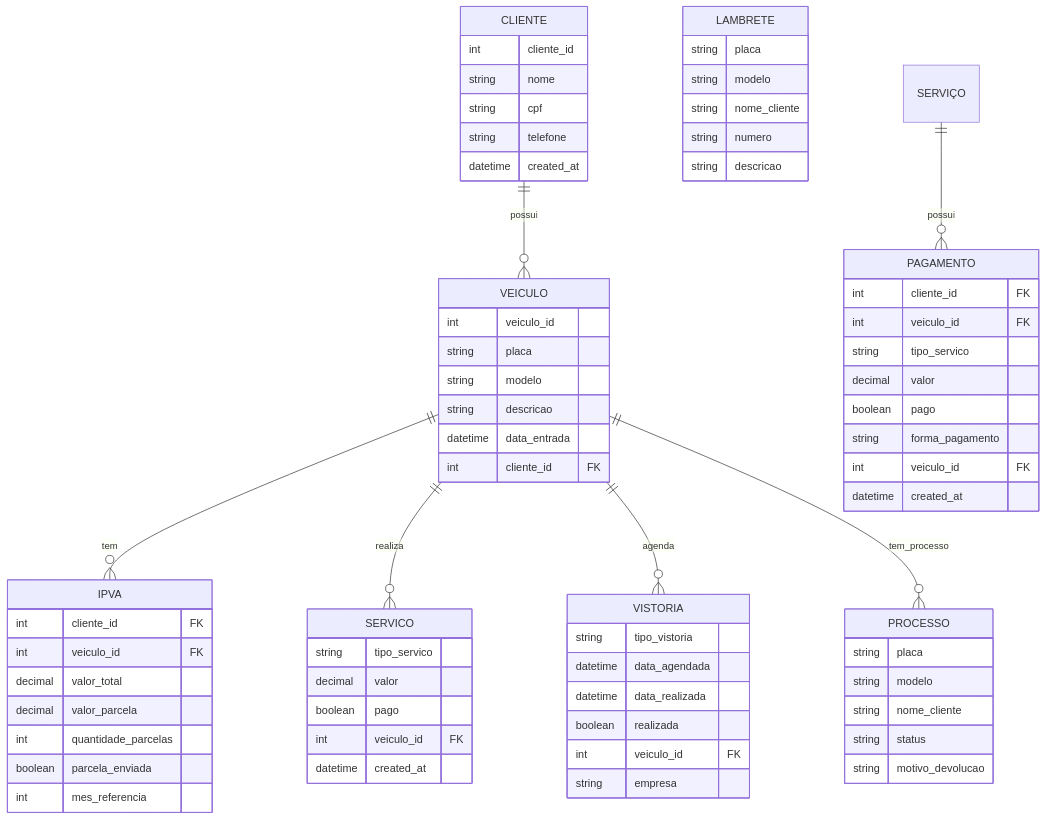
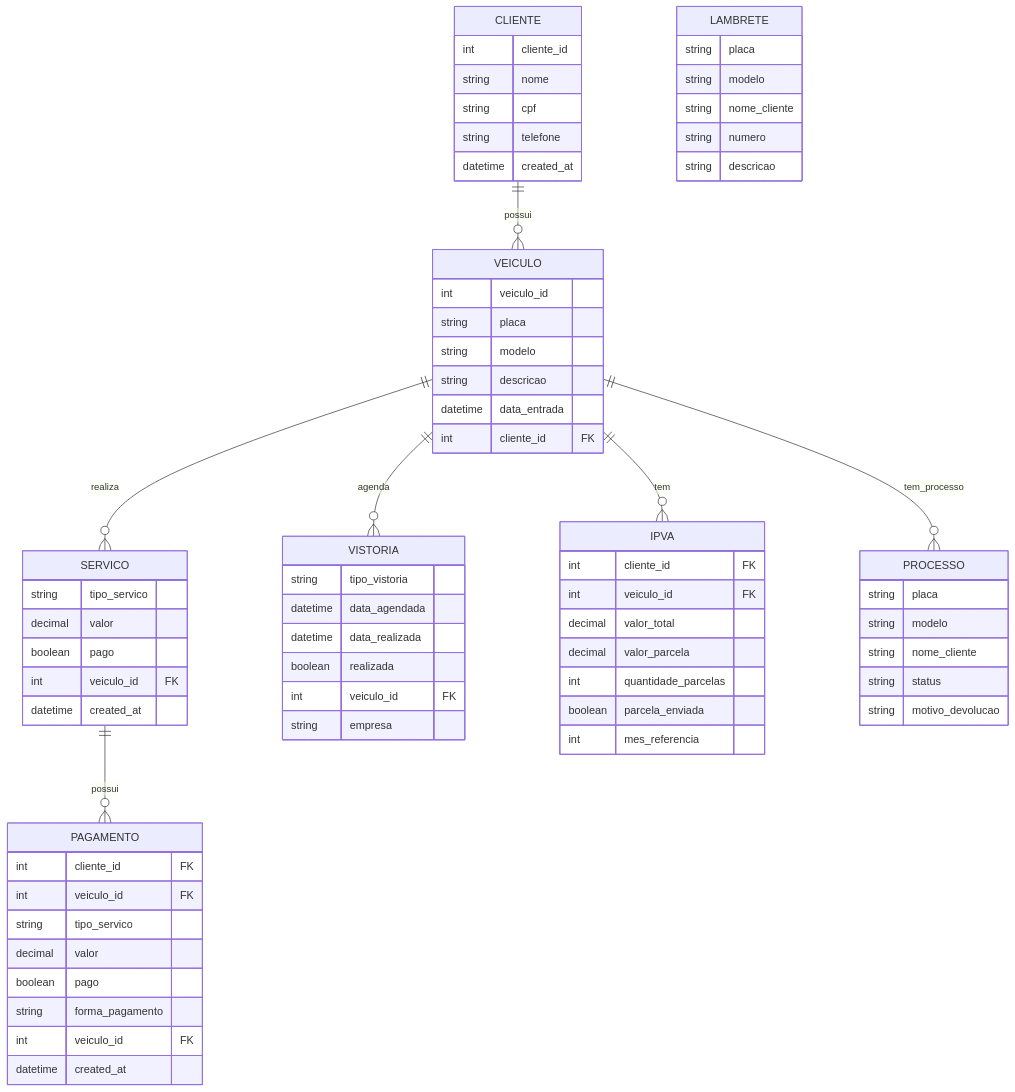
Before and after one commit to Annanicacio/Sistema-de-Gerenciamento: the diagram in README.md, drawn with Mermaid.

````diff
--- a/README.md
+++ b/README.md
@@ -160,7 +160,7 @@
     CLIENTE ||--o{ VEICULO : possui
     VEICULO ||--o{ IPVA : tem
     VEICULO ||--o{ SERVICO : realiza
-    SERVIÇO ||--o{ PAGAMENTO : possui
+    SERVICO ||--o{ PAGAMENTO : possui
     VEICULO ||--o{ VISTORIA : agenda
     VEICULO ||--o{ PROCESSO : tem_processo
 ```
````
